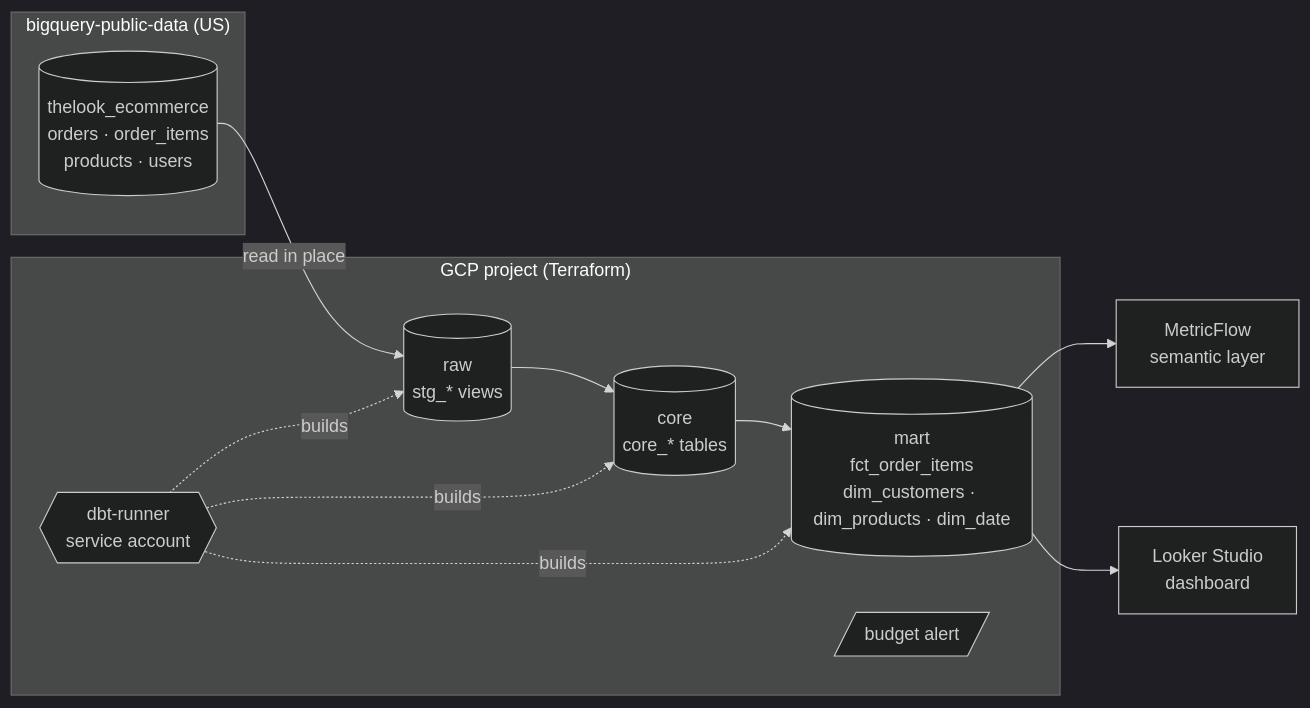
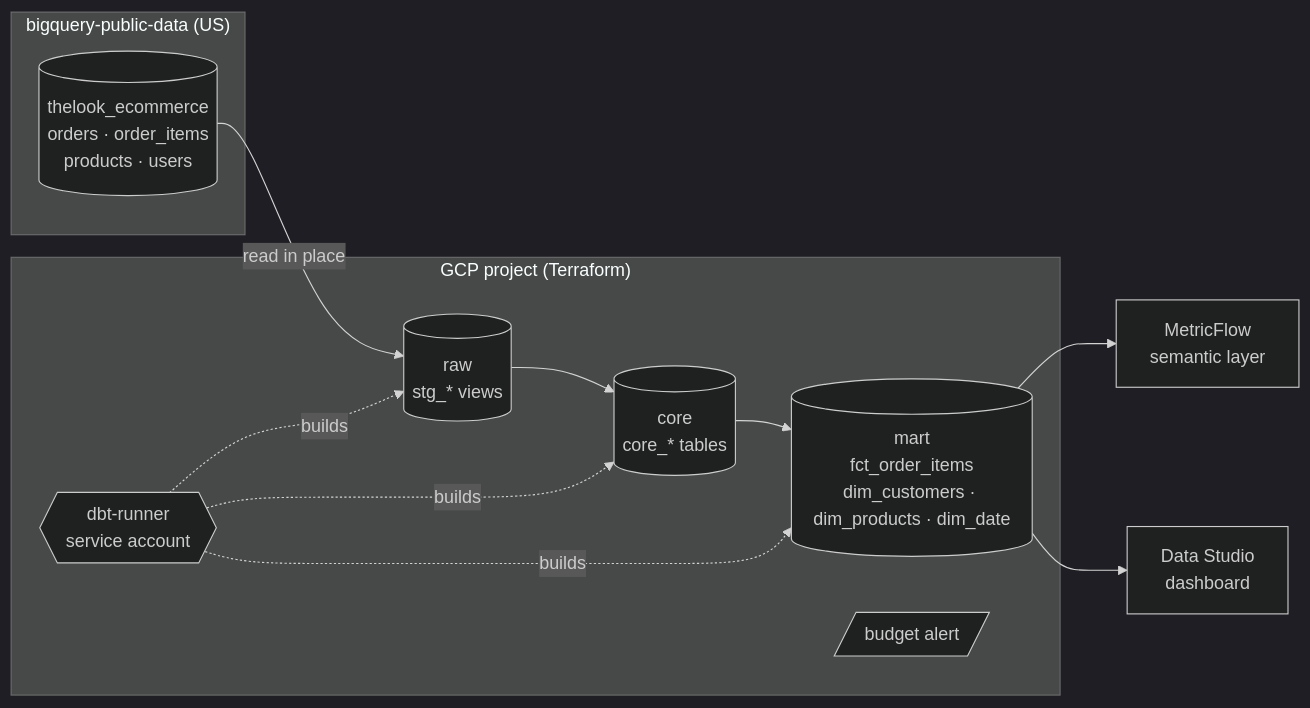
Before and after one commit to adv-gh777/gcp-dbt-thelook: the diagram in README.md, drawn with Mermaid (dark theme). The commit also changed other lines of this file and 4 other files, not shown here.

First line of the commit message:
Add rpt_sales reporting table for Data Studio instead of blends

````diff
--- a/README.md
+++ b/README.md
@@ -9,19 +9,19 @@
 ```mermaid
 flowchart LR
     subgraph public["bigquery-public-data (US)"]
         src[(thelook_ecommerce<br/>orders · order_items<br/>products · users)]
     end
 
     subgraph project["GCP project (Terraform)"]
         raw[(raw<br/>stg_* views)]
         core[(core<br/>core_* tables)]
         mart[(mart<br/>fct_order_items<br/>dim_customers · dim_products · dim_date)]
         sa{{dbt-runner<br/>service account}}
         budget[/budget alert/]
     end
 
     src -- read in place --> raw --> core --> mart
     sa -. builds .-> raw & core & mart
     mart --> mf[MetricFlow<br/>semantic layer]
-    mart --> ls[Looker Studio<br/>dashboard]
+    mart --> ls[Data Studio<br/>dashboard]
 ```
````
